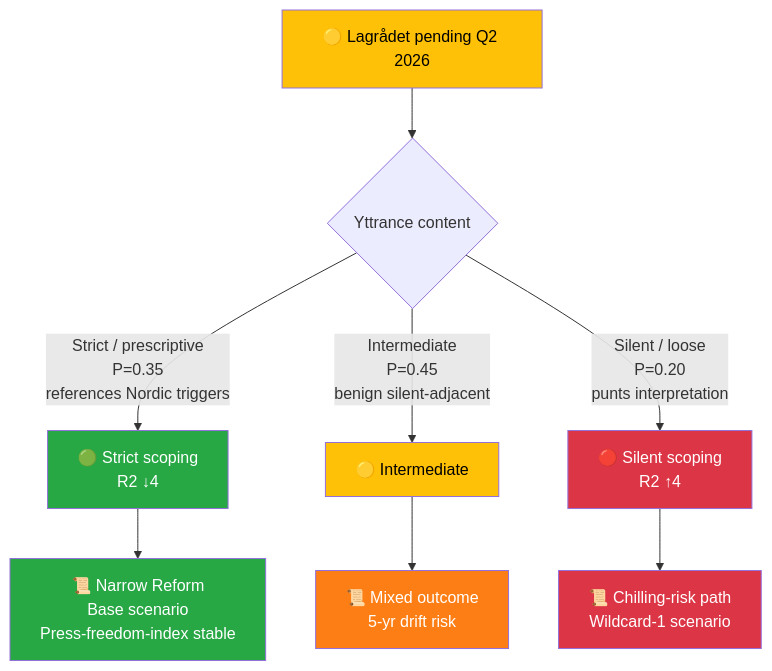
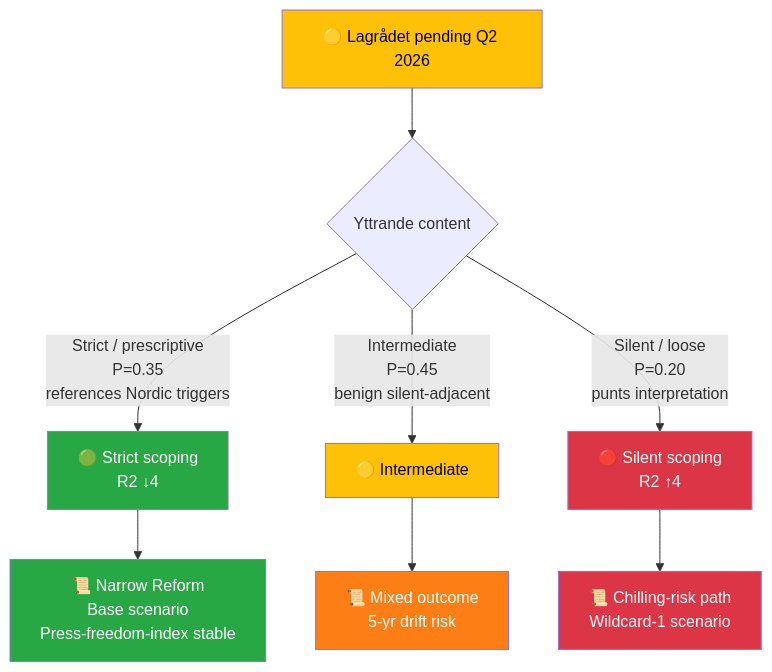
One commit to Hack23/riksdagsmonitor changed the second of 2 diagrams in analysis/daily/2026-04-17/realtime-1434/documents/HD01KU32-KU33-analysis.md. Above: the diagram before and after it, drawn with Mermaid. The commit also changed 6 other files, not shown here.

````diff
--- a/analysis/daily/2026-04-17/realtime-1434/documents/HD01KU32-KU33-analysis.md
+++ b/analysis/daily/2026-04-17/realtime-1434/documents/HD01KU32-KU33-analysis.md
@@ -176,20 +176,20 @@
 ```mermaid
 flowchart TD
     LP["🟡 Lagrådet pending Q2 2026"]
-    LP --> LS{"Yttrance content"}
+    LP --> LS{"Yttrande content"}
     LS -->|"Strict / prescriptive<br/>P=0.35<br/>references Nordic triggers"| ST["🟢 Strict scoping<br/>R2 ↓4"]
     LS -->|"Intermediate<br/>P=0.45<br/>benign silent-adjacent"| IN["🟡 Intermediate"]
     LS -->|"Silent / loose<br/>P=0.20<br/>punts interpretation"| SL["🔴 Silent scoping<br/>R2 ↑4"]
 
     ST --> PATHA["📜 Narrow Reform<br/>Base scenario<br/>Press-freedom-index stable"]
     IN --> PATHB["📜 Mixed outcome<br/>5-yr drift risk"]
     SL --> PATHC["📜 Chilling-risk path<br/>Wildcard-1 scenario"]
 
     style LP fill:#ffc107,color:#000
     style ST fill:#28a745,color:#fff
     style IN fill:#ffc107,color:#000
     style SL fill:#dc3545,color:#fff
     style PATHA fill:#28a745,color:#fff
     style PATHB fill:#fd7e14,color:#fff
     style PATHC fill:#dc3545,color:#fff
 ```
````
